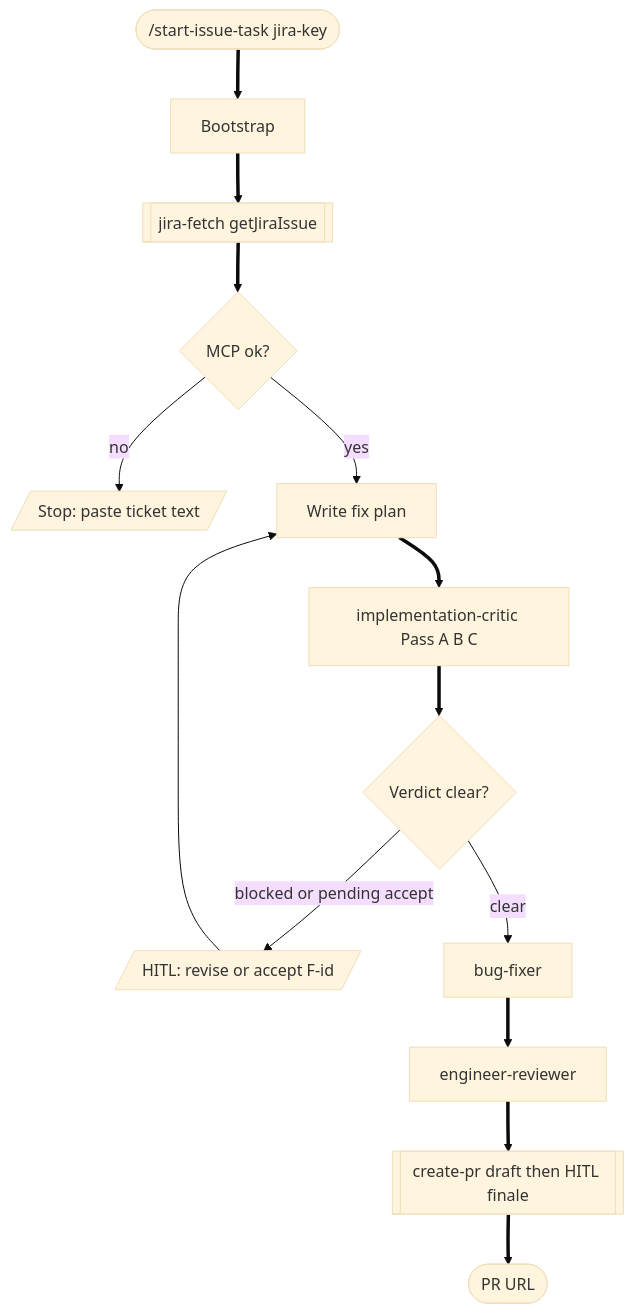
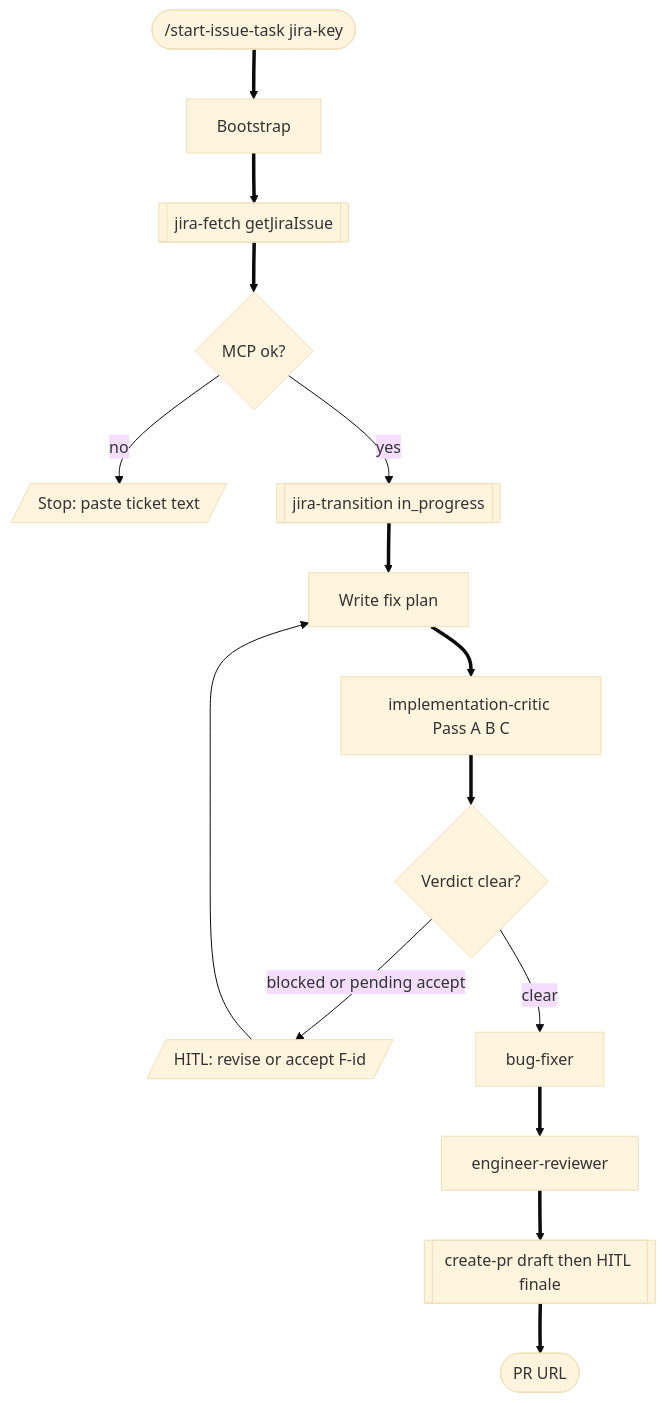
One commit to a-trembak/cursor-spells changed diagram 11 of 12 in docs/superpowers/pipeline-flow.md. Above: the diagram before and after it, drawn with Mermaid (base theme). The commit also changed other lines of this file and 14 other files, not shown here.

First line of the commit message:
feat(jira): move tickets to In Progress and Review (#30)

````diff
--- a/docs/superpowers/pipeline-flow.md
+++ b/docs/superpowers/pipeline-flow.md
@@ -419,23 +422,24 @@
 ```mermaid
 flowchart TD
   startIssue(["/start-issue-task jira-key"])
   boot["Bootstrap"]
   jira[["jira-fetch getJiraIssue"]]
   jiraFail{MCP ok?}
   stopJira[/"Stop: paste ticket text"/]
+  inProgress[["jira-transition in_progress"]]
   planFix["Write fix plan"]
   critic["implementation-critic Pass A B C"]
   verdict{Verdict clear?}
   hitlCrit[/"HITL: revise or accept F-id"/]
   fixer["bug-fixer"]
   review["engineer-reviewer"]
   prNode[["create-pr draft then HITL finale"]]
   doneIssue(["PR URL"])
 
   startIssue ==> boot ==> jira ==> jiraFail
   jiraFail -->|"no"| stopJira
-  jiraFail -->|"yes"| planFix ==> critic ==> verdict
+  jiraFail -->|"yes"| inProgress ==> planFix ==> critic ==> verdict
   verdict -->|"blocked or pending accept"| hitlCrit
   hitlCrit --> planFix
   verdict -->|"clear"| fixer ==> review ==> prNode ==> doneIssue
 ```
````
